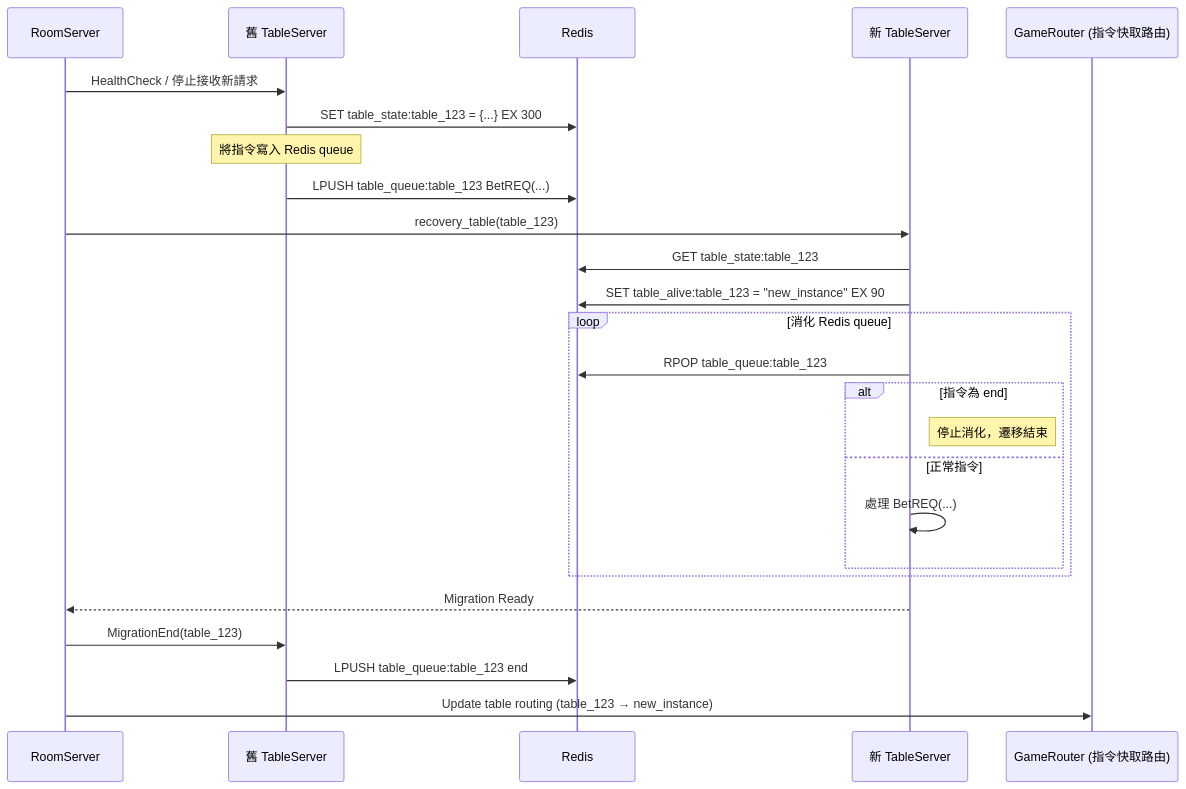
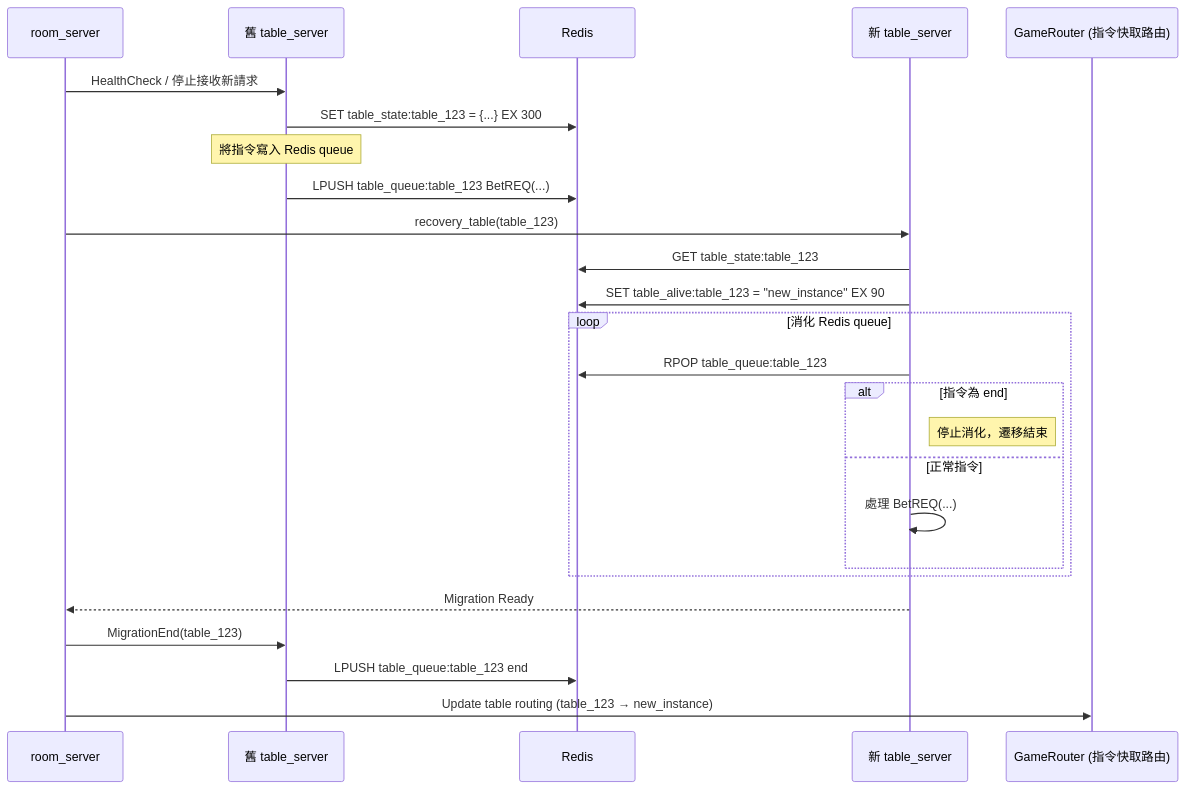
One commit to leeisman/poker_architecture changed the diagram in table_migration.md. Above: the diagram before and after it, drawn with Mermaid. The commit also changed other lines of this file and 12 other files, not shown here.

````diff
--- a/table_migration.md
+++ b/table_migration.md
@@ -18,49 +18,49 @@
 ```mermaid
 sequenceDiagram
-    participant Room as RoomServer
-    participant OldTable as 舊 TableServer
+    participant Room as room_server
+    participant OldTable as 舊 table_server
     participant Redis as Redis
-    participant NewTable as 新 TableServer
+    participant NewTable as 新 table_server
     participant GameRouter as GameRouter (指令快取路由)
 
     %% Step 1: 偵測需遷移桌子
     Room->>OldTable: HealthCheck / 停止接收新請求
 
-    %% Step 2: 舊 TableServer 將狀態寫入 Redis
+    %% Step 2: 舊 table_server 將狀態寫入 Redis
     OldTable->>Redis: SET table_state:table_123 = {...} EX 300
 
-    %% Step 3: 舊 TableServer 仍接收指令，寫入 queue
+    %% Step 3: 舊 table_server 仍接收指令，寫入 queue
     Note over OldTable: 將指令寫入 Redis queue
     OldTable->>Redis: LPUSH table_queue:table_123 BetREQ(...)
 
-    %% Step 4: 啟動新 TableServer 做復原
+    %% Step 4: 啟動新 table_server 做復原
     Room->>NewTable: recovery_table(table_123)
 
-    %% Step 5: 新 TableServer 載入狀態
+    %% Step 5: 新 table_server 載入狀態
     NewTable->>Redis: GET table_state:table_123
 
     %% Step 6: 宣告上線 + 更新心跳
     NewTable->>Redis: SET table_alive:table_123 = "new_instance" EX 90
 
     %% Step 7: 消化 queue 直到遇到 end
     loop 消化 Redis queue
         NewTable->>Redis: RPOP table_queue:table_123
         alt 指令為 end
             Note right of NewTable: 停止消化，遷移結束
         else 正常指令
             NewTable->>NewTable: 處理 BetREQ(...)
         end
     end
 
     %% Step 8: 遷移完成通知
     NewTable-->>Room: Migration Ready
 
     %% Step 9: 通知 OldTable 關閉
     Room->>OldTable: MigrationEnd(table_123)
 
     %% Step 10: OldTable 寫入 end
     OldTable->>Redis: LPUSH table_queue:table_123 end
 
     %% Step 11: 更新 GameRouter 快取
     Room->>GameRouter: Update table routing (table_123 → new_instance)
 ```
````
